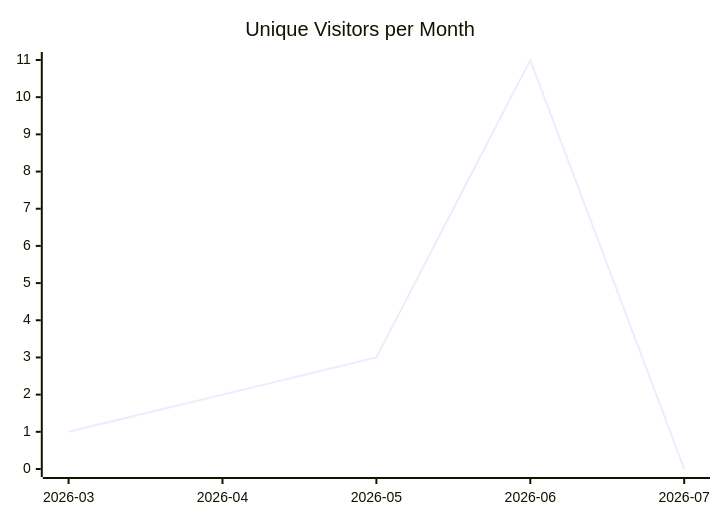
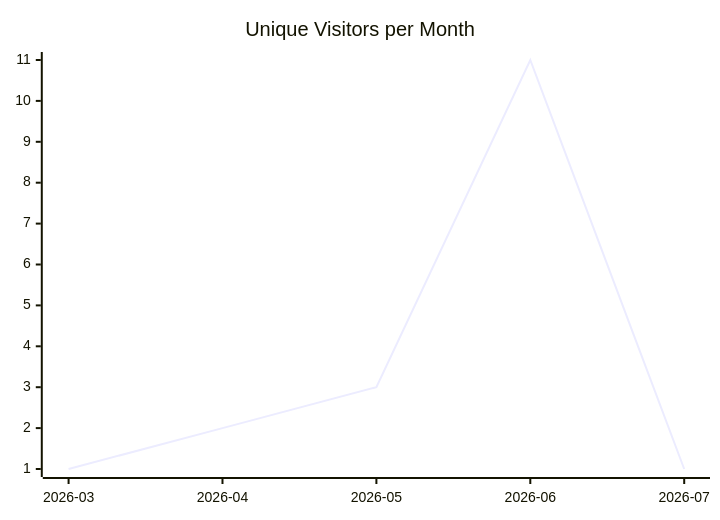
Before and after one commit to justdavis-family/github-analytics-data: the first of 3 diagrams in karlmdavis/justdavis-ansible/README.md, drawn with Mermaid. The commit also changed other lines of this file and 200 other files, not shown here.

````diff
--- a/karlmdavis/justdavis-ansible/README.md
+++ b/karlmdavis/justdavis-ansible/README.md
@@ -5,6 +5,6 @@
 ```mermaid
 xychart-beta
   title "Unique Visitors per Month"
   x-axis ["2026-03", "2026-04", "2026-05", "2026-06", "2026-07"]
-  line [1, 2, 3, 11, 0]
+  line [1, 2, 3, 11, 1]
 ```
````
